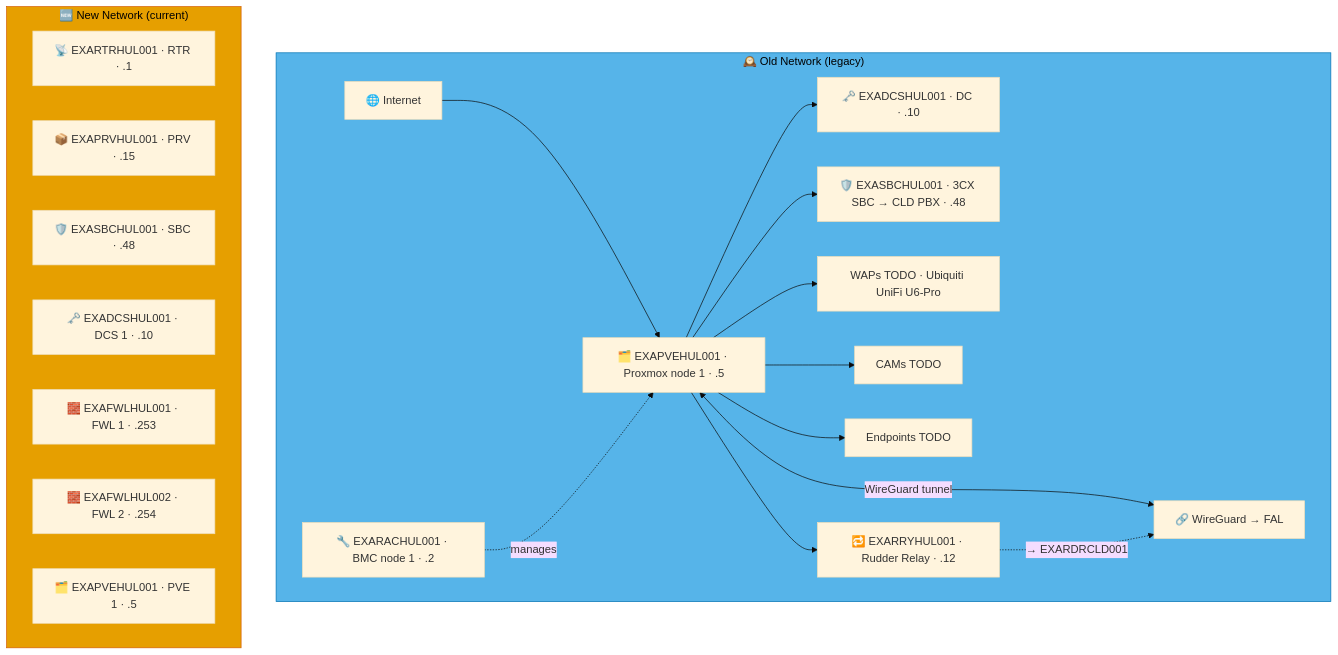
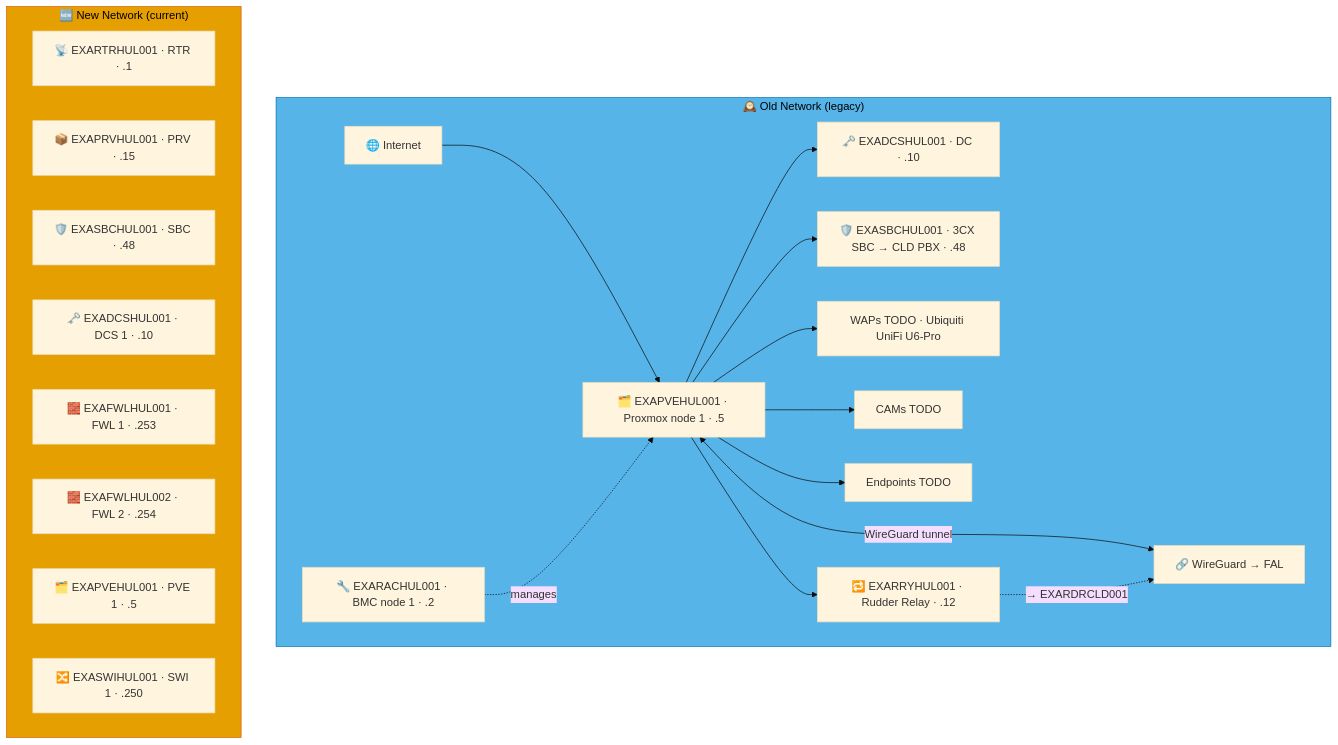
Before and after one commit to knightmare2600/example_music_infra: the eighth of 9 diagrams in docs/network-diagram/england.md, drawn with Mermaid (base theme). The commit also changed other lines of this file and 12 other files, not shown here.

````diff
--- a/docs/network-diagram/england.md
+++ b/docs/network-diagram/england.md
@@ -408,36 +410,37 @@
 ```mermaid
 graph TD
     subgraph OLD_HUL ["🕰️ Old Network (legacy)"]
       INET["🌐 Internet"]
       RAC["🔧 EXARACHUL001 · BMC node 1 · .2"]
       PVE["🗂️ EXAPVEHUL001 · Proxmox node 1 · .5"]
       DC["🗝️ EXADCSHUL001 · DC · .10"]
       SBC["🛡️ EXASBCHUL001 · 3CX SBC → CLD PBX · .48"]
       RRY["🔁 EXARRYHUL001 · Rudder Relay · .12"]
       WAP["WAPs TODO · Ubiquiti UniFi U6-Pro"]
       CAM["CAMs TODO"]
       EP["Endpoints TODO"]
       VPN["🔗 WireGuard → FAL"]
 
       INET --> PVE --> DC & SBC
       RAC -.->|"manages"| PVE
       PVE --> WAP & CAM & EP
       PVE <-->|"WireGuard tunnel"| VPN
 
       PVE --> RRY
       RRY -. "→ EXARDRCLD001" .-> VPN
     end
     style OLD_HUL fill:#56B4E9,stroke:#0072B2,color:#000000
     %% GENERATED:NEW-NETWORK:HUL:START
     subgraph NEW_HUL ["🆕 New Network (current)"]
       N_RTR["📡 EXARTRHUL001 · RTR · .1"]
       N_PRV["📦 EXAPRVHUL001 · PRV · .15"]
       N_SBC["🛡️ EXASBCHUL001 · SBC · .48"]
       N_DCS["🗝️ EXADCSHUL001 · DCS 1 · .10"]
       N_FWL["🧱 EXAFWLHUL001 · FWL 1 · .253"]
       N_FWL2["🧱 EXAFWLHUL002 · FWL 2 · .254"]
       N_PVE["🗂️ EXAPVEHUL001 · PVE 1 · .5"]
+      N_SWI["🔀 EXASWIHUL001 · SWI 1 · .250"]
     end
     style NEW_HUL fill:#E69F00,stroke:#D55E00,color:#000000
     %% GENERATED:NEW-NETWORK:HUL:END
 ```
````
